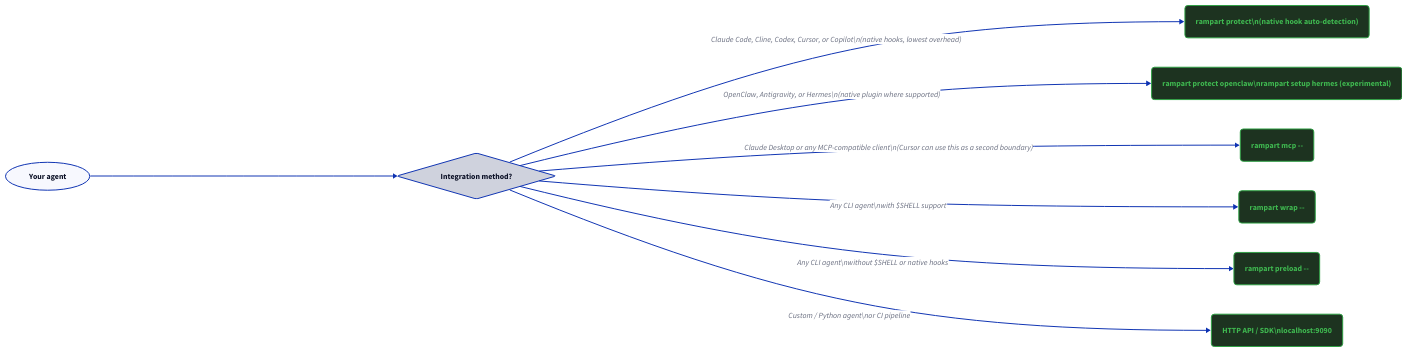
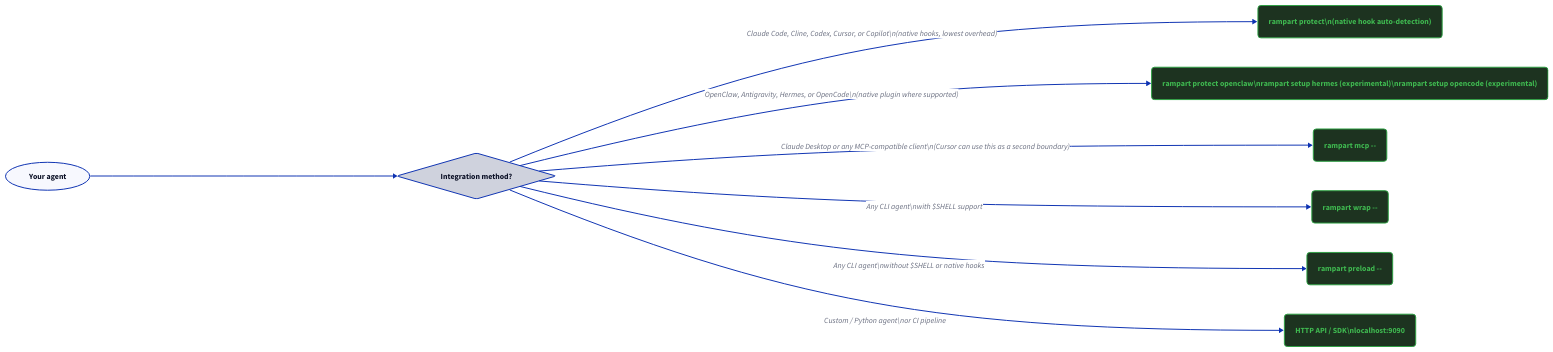
The diagram in docs-site/integrations/index.md (peg/rampart), drawn with D2 before and after one commit. The commit also changed other lines of this file and 21 other files, not shown here.

Commit message:
feat: add experimental OpenCode policy bridge

````diff
--- a/docs-site/integrations/index.md
+++ b/docs-site/integrations/index.md
@@ -74,35 +75,35 @@
 ```d2
 direction: right
 
 start: "Your agent" {shape: oval}
 
 q: "Integration method?" {shape: diamond}
 
 hooks: "rampart protect\\n(native hook auto-detection)" {
   style.fill: "#1d3320"; style.stroke: "#2ea043"; style.font-color: "#3fb950"; style.border-radius: 6
 }
-shim: "rampart protect openclaw\\nrampart setup hermes (experimental)" {
+shim: "rampart protect openclaw\\nrampart setup hermes (experimental)\\nrampart setup opencode (experimental)" {
   style.fill: "#1d3320"; style.stroke: "#2ea043"; style.font-color: "#3fb950"; style.border-radius: 6
 }
 mcp: "rampart mcp --" {
   style.fill: "#1d3320"; style.stroke: "#2ea043"; style.font-color: "#3fb950"; style.border-radius: 6
 }
 wrap: "rampart wrap --" {
   style.fill: "#1d3320"; style.stroke: "#2ea043"; style.font-color: "#3fb950"; style.border-radius: 6
 }
 preload: "rampart preload --" {
   style.fill: "#1d3320"; style.stroke: "#2ea043"; style.font-color: "#3fb950"; style.border-radius: 6
 }
 api: "HTTP API / SDK\\nlocalhost:9090" {
   style.fill: "#1d3320"; style.stroke: "#2ea043"; style.font-color: "#3fb950"; style.border-radius: 6
 }
 
 start -> q
 
 q -> hooks: "Claude Code, Cline, Codex, Cursor, or Copilot\\n(native hooks, lowest overhead)"
-q -> shim: "OpenClaw, Antigravity, or Hermes\\n(native plugin where supported)"
+q -> shim: "OpenClaw, Antigravity, Hermes, or OpenCode\\n(native plugin where supported)"
 q -> mcp: "Claude Desktop or any MCP-compatible client\\n(Cursor can use this as a second boundary)"
 q -> wrap: "Any CLI agent\\nwith \$SHELL support"
 q -> preload: "Any CLI agent\\nwithout \$SHELL or native hooks"
 q -> api: "Custom / Python agent\\nor CI pipeline"
 ```
````
